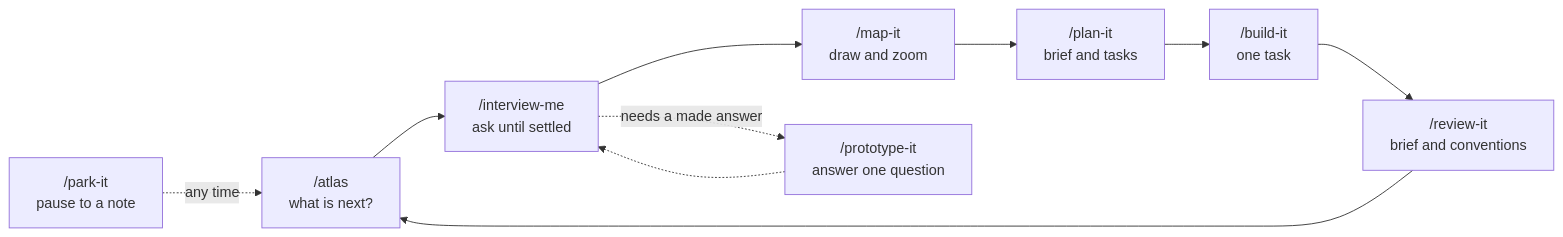
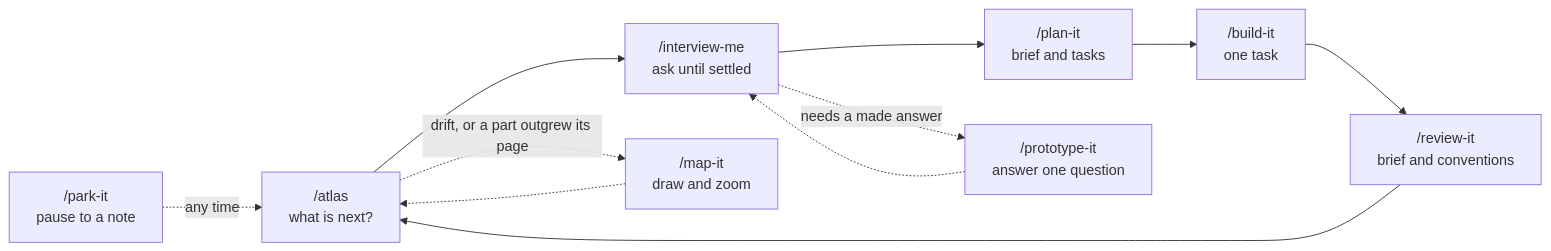
Before and after one commit to somethingdarkside1/atlas-skills: the first of 2 diagrams in README.md, drawn with Mermaid. The commit also changed other lines of this file and 31 other files, not shown here.

````diff
--- a/README.md
+++ b/README.md
@@ -59,15 +59,16 @@
 ```mermaid
 flowchart LR
   atlas["/atlas<br/>what is next?"]
   interview["/interview-me<br/>ask until settled"]
   map["/map-it<br/>draw and zoom"]
   plan["/plan-it<br/>brief and tasks"]
   build["/build-it<br/>one task"]
   review["/review-it<br/>brief and conventions"]
   prototype["/prototype-it<br/>answer one question"]
   handoff["/park-it<br/>pause to a note"]
 
-  atlas --> interview --> map --> plan --> build --> review --> atlas
+  atlas --> interview --> plan --> build --> review --> atlas
   interview -. needs a made answer .-> prototype -.-> interview
+  atlas -. drift, or a part outgrew its page .-> map -.-> atlas
   handoff -. any time .-> atlas
 ```
````
